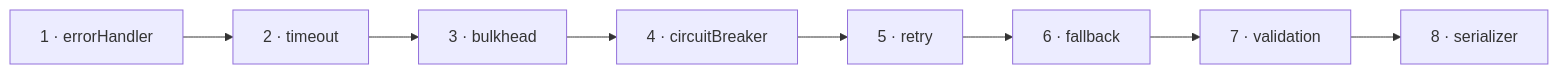
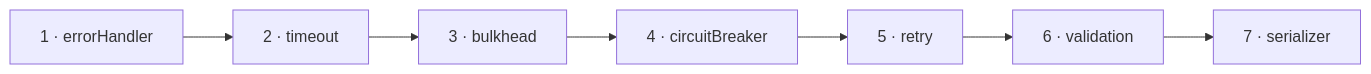
The second of 2 diagrams in en/contributing/adr/005-input-validation-strategy.md (Connectum-Framework/docs), drawn with Mermaid before and after one commit. The commit also changed other lines of this file and 674 other files, not shown here.

````diff
--- a/en/contributing/adr/005-input-validation-strategy.md
+++ b/en/contributing/adr/005-input-validation-strategy.md
@@ -212,10 +212,9 @@
 ```mermaid
 flowchart LR
     Error["1 · errorHandler"] --> Timeout["2 · timeout"]
     Timeout --> Bulkhead["3 · bulkhead"]
     Bulkhead --> Breaker["4 · circuitBreaker"]
     Breaker --> Retry["5 · retry"]
-    Retry --> Fallback["6 · fallback"]
-    Fallback --> Validation["7 · validation"]
-    Validation --> Serializer["8 · serializer"]
+    Retry --> Validation["6 · validation"]
+    Validation --> Serializer["7 · serializer"]
 ```
````
